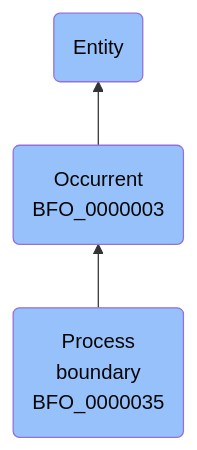
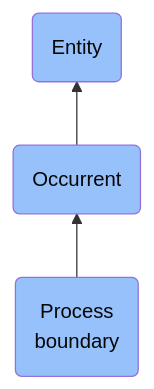
One commit to jupyter-naas/abi changed the diagram in docs/ontology/reference/model/Entity/Occurrent/Process boundary/Process boundary.md. Above: the diagram before and after it, drawn with Mermaid. The commit also changed other lines of this file and 1430 other files, not shown here.

````diff
--- a/docs/ontology/reference/model/Entity/Occurrent/Process boundary/Process boundary.md
+++ b/docs/ontology/reference/model/Entity/Occurrent/Process boundary/Process boundary.md
@@ -24,10 +24,10 @@
 ```mermaid
 graph BT
-    BFO_0000035(Process<br>boundary<br>BFO_0000035):::BFO-->BFO_0000003
-    BFO_0000003(Occurrent<br>BFO_0000003):::BFO-->BFO_0000001
+    BFO_0000035(Process<br>boundary):::BFO-->BFO_0000003
+    BFO_0000003(Occurrent):::BFO-->BFO_0000001
     BFO_0000001(Entity):::BFO
     
     classDef BFO fill:#97c1fb,color:#060606
     classDef CCO fill:#e4c51e,color:#060606
     classDef ABI fill:#48DD82,color:#060606
 ```
````
